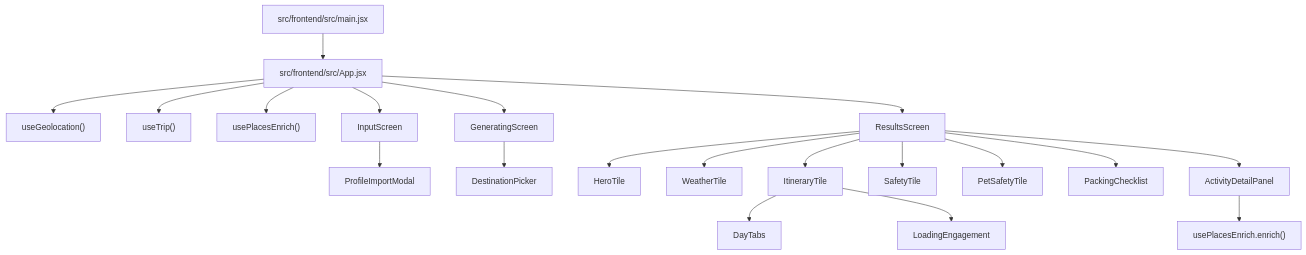
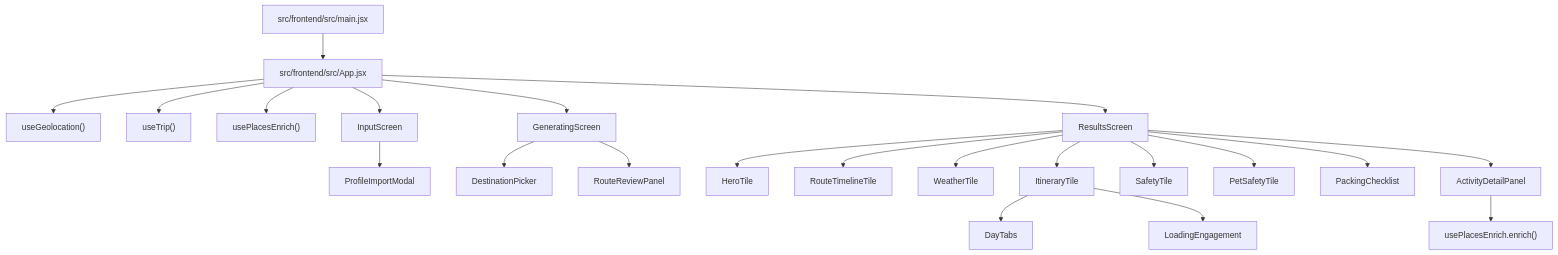
One commit to prasadnitish/SproutRoute changed the first of 7 diagrams in docs/WEB_CODE_GRAPH.md. Above: the diagram before and after it, drawn with Mermaid. The commit also changed other lines of this file and 21 other files, not shown here.

````diff
--- a/docs/WEB_CODE_GRAPH.md
+++ b/docs/WEB_CODE_GRAPH.md
@@ -21,27 +21,29 @@
 ```mermaid
 flowchart TD
     A["src/frontend/src/main.jsx"] --> B["src/frontend/src/App.jsx"]
 
     B --> C["useGeolocation()"]
     B --> D["useTrip()"]
     B --> E["usePlacesEnrich()"]
 
     B --> F["InputScreen"]
     B --> G["GeneratingScreen"]
     B --> H["ResultsScreen"]
 
     F --> I["ProfileImportModal"]
     G --> J["DestinationPicker"]
+    G --> U["RouteReviewPanel"]
 
     H --> K["HeroTile"]
+    H --> V["RouteTimelineTile"]
     H --> L["WeatherTile"]
     H --> M["ItineraryTile"]
     H --> N["SafetyTile"]
     H --> O["PetSafetyTile"]
     H --> P["PackingChecklist"]
     H --> Q["ActivityDetailPanel"]
 
     M --> R["DayTabs"]
     M --> S["LoadingEngagement"]
     Q --> T["usePlacesEnrich.enrich()"]
 ```
````
